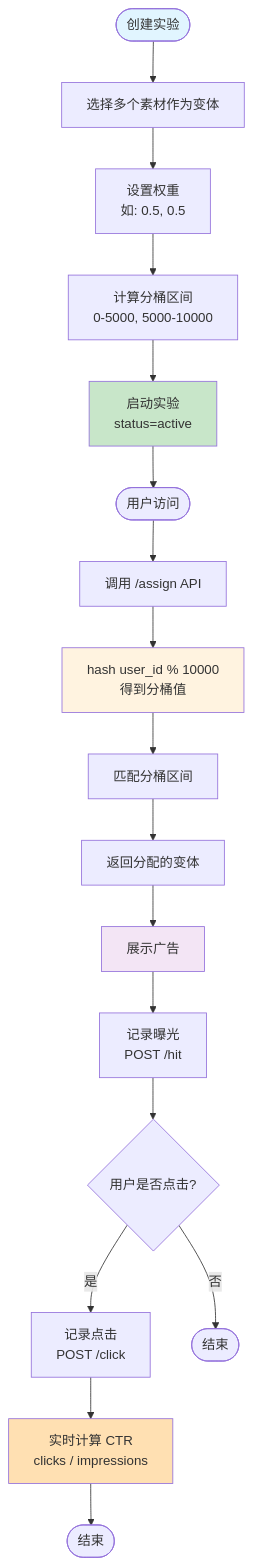
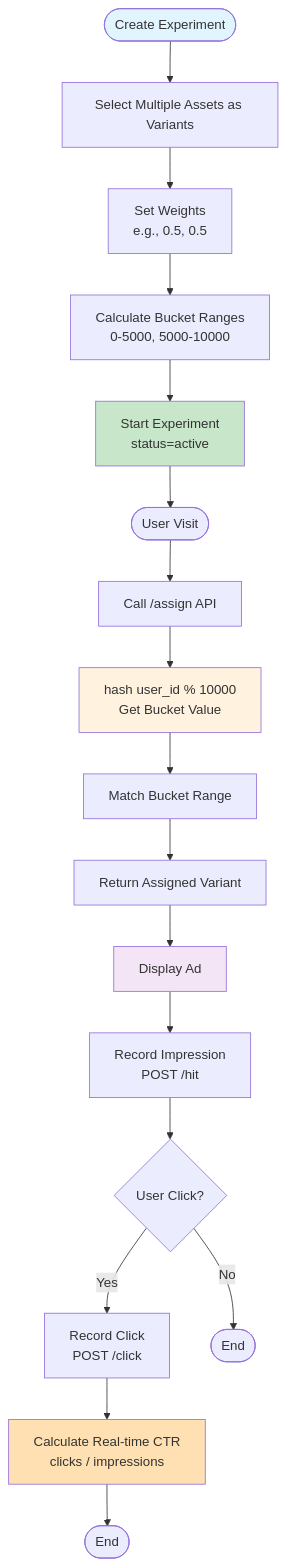
The fourth of 7 diagrams in README.md (NEDONION/ads-creative-gen-platform), drawn with Mermaid before and after one commit. The commit also changed other lines of this file and 1 other file, not shown here.

````diff
--- a/README.md
+++ b/README.md
@@ -289,28 +291,28 @@
 ```mermaid
 flowchart TD
-    Start([创建实验]) --> Select[选择多个素材作为变体]
-    Select --> SetWeight[设置权重<br/>如: 0.5, 0.5]
-    SetWeight --> CalcBucket[计算分桶区间<br/>0-5000, 5000-10000]
-    CalcBucket --> Active[启动实验<br/>status=active]
+    Start([Create Experiment]) --> Select[Select Multiple Assets as Variants]
+    Select --> SetWeight[Set Weights<br/>e.g., 0.5, 0.5]
+    SetWeight --> CalcBucket[Calculate Bucket Ranges<br/>0-5000, 5000-10000]
+    CalcBucket --> Active[Start Experiment<br/>status=active]
 
-    Active --> UserVisit([用户访问])
-    UserVisit --> Assign[调用 /assign API]
-    Assign --> Hash[hash user_id % 10000<br/>得到分桶值]
-    Hash --> Match[匹配分桶区间]
-    Match --> Return[返回分配的变体]
+    Active --> UserVisit([User Visit])
+    UserVisit --> Assign[Call /assign API]
+    Assign --> Hash[hash user_id % 10000<br/>Get Bucket Value]
+    Hash --> Match[Match Bucket Range]
+    Match --> Return[Return Assigned Variant]
 
-    Return --> Display[展示广告]
-    Display --> RecordHit[记录曝光<br/>POST /hit]
+    Return --> Display[Display Ad]
+    Display --> RecordHit[Record Impression<br/>POST /hit]
 
-    RecordHit --> UserClick{用户是否点击?}
-    UserClick -->|是| RecordClick[记录点击<br/>POST /click]
-    UserClick -->|否| End1([结束])
-    RecordClick --> CalcCTR[实时计算 CTR<br/>clicks / impressions]
-    CalcCTR --> End2([结束])
+    RecordHit --> UserClick{User Click?}
+    UserClick -->|Yes| RecordClick[Record Click<br/>POST /click]
+    UserClick -->|No| End1([End])
+    RecordClick --> CalcCTR[Calculate Real-time CTR<br/>clicks / impressions]
+    CalcCTR --> End2([End])
 
     style Start fill:#e1f5ff
     style Active fill:#c8e6c9
     style Hash fill:#fff3e0
     style Display fill:#f3e5f5
     style CalcCTR fill:#ffe0b2
 ```
````
